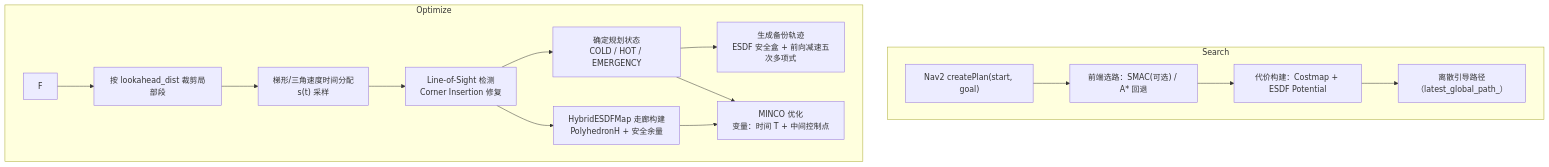
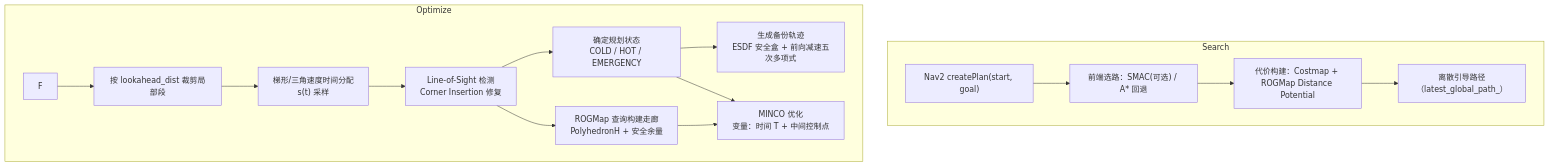
Before and after one commit to Walker152/navi_minco_bit: the second of 2 diagrams in src/navigation/minco_planner/README.md, drawn with Mermaid. The commit also changed other lines of this file and 32 other files, not shown here.

````diff
--- a/src/navigation/minco_planner/README.md
+++ b/src/navigation/minco_planner/README.md
@@ -71,20 +71,20 @@
 ```mermaid
 flowchart TD
   subgraph S["Search"]
     A["Nav2 createPlan(start, goal)"] --> 
     B["前端选路：SMAC(可选) / A* 回退"]
-    B --> C["代价构建：Costmap + ESDF Potential"]
+    B --> C["代价构建：Costmap + ROGMap Distance Potential"]
     C --> D["离散引导路径（latest_global_path_）"]
 end
   subgraph O["Optimize"]
     H["按 lookahead_dist 裁剪局部段"]
     H --> J["梯形/三角速度时间分配<br/>s(t) 采样"]
     J --> K["Line-of-Sight 检测<br/>Corner Insertion 修复"]
-    K --> K2["HybridESDFMap 走廊构建<br/>PolyhedronH + 安全余量"]
+    K --> K2["ROGMap 查询构建走廊<br/>PolyhedronH + 安全余量"]
     K --> L["确定规划状态<br/>COLD / HOT / EMERGENCY"]
     L --> M["生成备份轨迹<br/>ESDF 安全盒 + 前向减速五次多项式"]
     K2 --> N["MINCO 优化<br/>变量：时间 T + 中间控制点"]
     L --> N
     F --> H
   end
 ```
````
